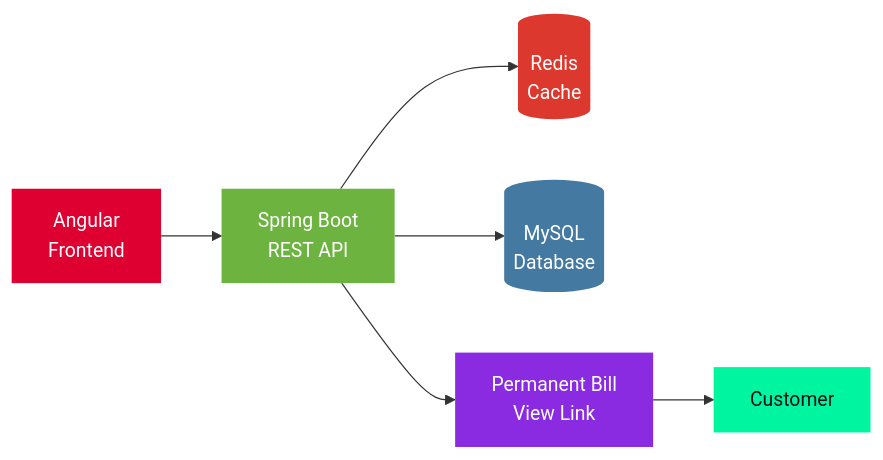
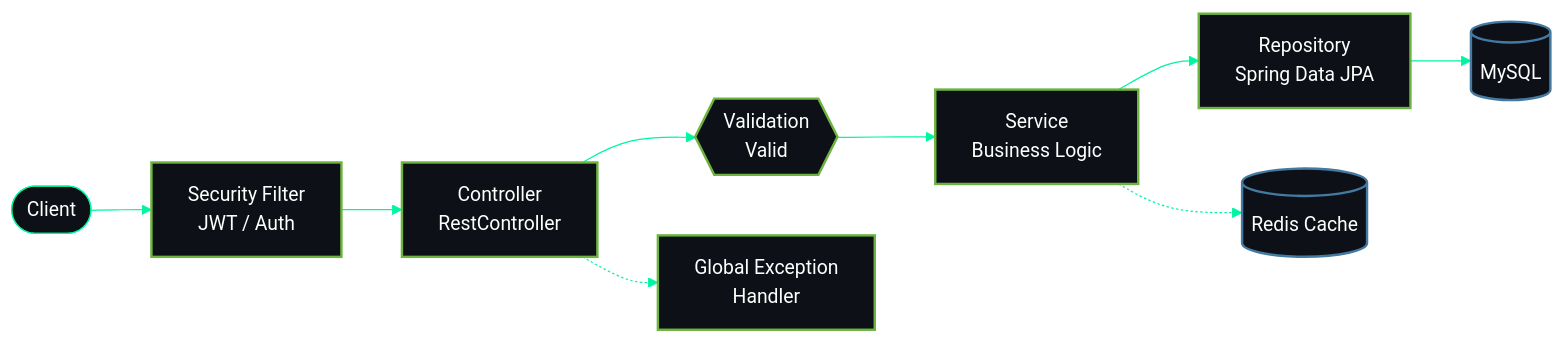
One commit to sanishil/sanishil changed the first of 5 diagrams in README.md. Above: the diagram before and after it, drawn with Mermaid. The commit also changed other lines of this file, not shown here.

````diff
--- a/README.md
+++ b/README.md
@@ -68,14 +71,16 @@
 ```mermaid
+%%{init: {'theme':'base','themeVariables':{'primaryColor':'#0d1117','primaryTextColor':'#ffffff','primaryBorderColor':'#00F5A0','lineColor':'#00F5A0','secondaryColor':'#161b22','tertiaryColor':'#0d1117','fontFamily':'monospace'}}}%%
 flowchart LR
-    A[Angular<br/>Frontend] --> B[Spring Boot<br/>REST API]
-    B --> C[(Redis<br/>Cache)]
-    B --> D[(MySQL<br/>Database)]
-    B --> E[Permanent Bill<br/>View Link]
-    E --> F[Customer]
-    style A fill:#DD0031,color:#fff,stroke:none
-    style B fill:#6DB33F,color:#fff,stroke:none
-    style C fill:#DC382D,color:#fff,stroke:none
-    style D fill:#4479A1,color:#fff,stroke:none
-    style E fill:#8a2be2,color:#fff,stroke:none
-    style F fill:#00F5A0,color:#0d1117,stroke:none
+    C(["Client"]) --> F["Security Filter<br/>JWT / Auth"]
+    F --> CT["Controller<br/>RestController"]
+    CT --> V{{"Validation<br/>Valid"}}
+    V --> S["Service<br/>Business Logic"]
+    S --> R["Repository<br/>Spring Data JPA"]
+    R --> DB[("MySQL")]
+    S -.-> RD[("Redis Cache")]
+    CT -.-> EX["Global Exception<br/>Handler"]
+    classDef spring stroke:#6DB33F,stroke-width:2px
+    classDef data stroke:#4479A1,stroke-width:2px
+    class F,CT,V,S,R,EX spring
+    class DB,RD data
 ```
````
